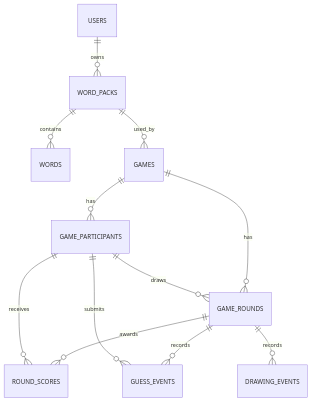
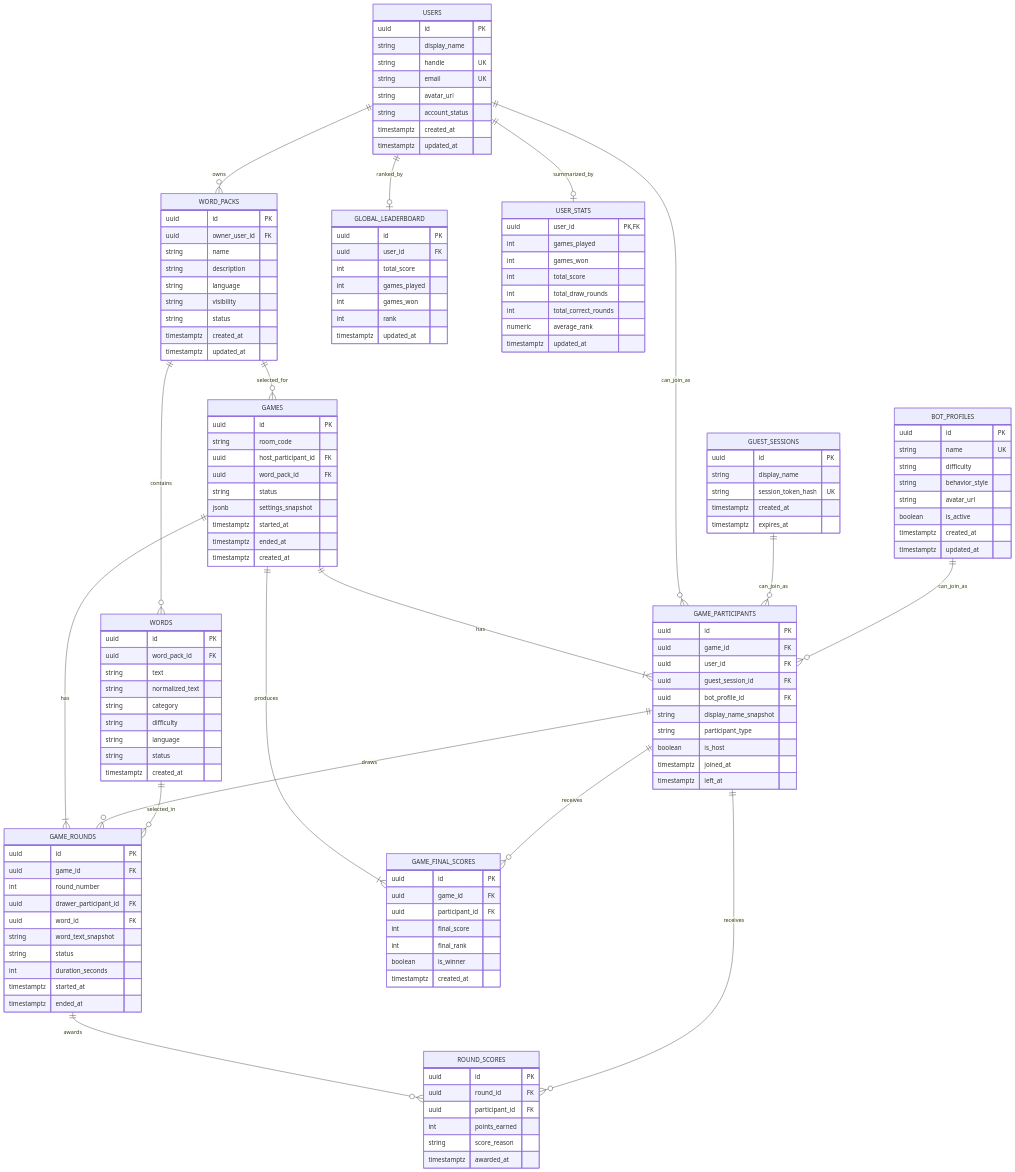
The second of 2 diagrams in database_design.md (amh1k/mithril-tiles), drawn with Mermaid before and after one commit. The commit also changed other lines of this file, not shown here.

First line of the commit message:
docs(database): refine MVP persistence schema

````diff
--- a/database_design.md
+++ b/database_design.md
@@ -495,14 +286,155 @@
 ```mermaid
 erDiagram
+    USERS {
+        uuid id PK
+        string display_name
+        string handle UK
+        string email UK
+        string avatar_url
+        string account_status
+        timestamptz created_at
+        timestamptz updated_at
+    }
+
+    GUEST_SESSIONS {
+        uuid id PK
+        string display_name
+        string session_token_hash UK
+        timestamptz created_at
+        timestamptz expires_at
+    }
+
+    BOT_PROFILES {
+        uuid id PK
+        string name UK
+        string difficulty
+        string behavior_style
+        string avatar_url
+        boolean is_active
+        timestamptz created_at
+        timestamptz updated_at
+    }
+
+    WORD_PACKS {
+        uuid id PK
+        uuid owner_user_id FK
+        string name
+        string description
+        string language
+        string visibility
+        string status
+        timestamptz created_at
+        timestamptz updated_at
+    }
+
+    WORDS {
+        uuid id PK
+        uuid word_pack_id FK
+        string text
+        string normalized_text
+        string category
+        string difficulty
+        string language
+        string status
+        timestamptz created_at
+    }
+
+    GAMES {
+        uuid id PK
+        string room_code
+        uuid host_participant_id FK
+        uuid word_pack_id FK
+        string status
+        jsonb settings_snapshot
+        timestamptz started_at
+        timestamptz ended_at
+        timestamptz created_at
+    }
+
+    GAME_PARTICIPANTS {
+        uuid id PK
+        uuid game_id FK
+        uuid user_id FK
+        uuid guest_session_id FK
+        uuid bot_profile_id FK
+        string display_name_snapshot
+        string participant_type
+        boolean is_host
+        timestamptz joined_at
+        timestamptz left_at
+    }
+
+    GAME_ROUNDS {
+        uuid id PK
+        uuid game_id FK
+        int round_number
+        uuid drawer_participant_id FK
+        uuid word_id FK
+        string word_text_snapshot
+        string status
+        int duration_seconds
+        timestamptz started_at
+        timestamptz ended_at
+    }
+
+    ROUND_SCORES {
+        uuid id PK
+        uuid round_id FK
+        uuid participant_id FK
+        int points_earned
+        string score_reason
+        timestamptz awarded_at
+    }
+
+    GAME_FINAL_SCORES {
+        uuid id PK
+        uuid game_id FK
+        uuid participant_id FK
+        int final_score
+        int final_rank
+        boolean is_winner
+        timestamptz created_at
+    }
+
+    GLOBAL_LEADERBOARD {
+        uuid id PK
+        uuid user_id FK
+        int total_score
+        int games_played
+        int games_won
+        int rank
+        timestamptz updated_at
+    }
+
+    USER_STATS {
+        uuid user_id PK,FK
+        int games_played
+        int games_won
+        int total_score
+        int total_draw_rounds
+        int total_correct_rounds
+        numeric average_rank
+        timestamptz updated_at
+    }
+
     USERS ||--o{ WORD_PACKS : owns
     WORD_PACKS ||--o{ WORDS : contains
-    WORD_PACKS ||--o{ GAMES : used_by
-    GAMES ||--o{ GAME_PARTICIPANTS : has
-    GAMES ||--o{ GAME_ROUNDS : has
+    WORD_PACKS ||--o{ GAMES : selected_for
+
+    GAMES ||--|{ GAME_PARTICIPANTS : has
+    GAMES ||--|{ GAME_ROUNDS : has
+    GAMES ||--|{ GAME_FINAL_SCORES : produces
+
+    USERS ||--o{ GAME_PARTICIPANTS : can_join_as
+    GUEST_SESSIONS ||--o{ GAME_PARTICIPANTS : can_join_as
+    BOT_PROFILES ||--o{ GAME_PARTICIPANTS : can_join_as
+
     GAME_PARTICIPANTS ||--o{ GAME_ROUNDS : draws
+    WORDS ||--o{ GAME_ROUNDS : selected_in
     GAME_ROUNDS ||--o{ ROUND_SCORES : awards
-    GAME_ROUNDS ||--o{ GUESS_EVENTS : records
-    GAME_ROUNDS ||--o{ DRAWING_EVENTS : records
     GAME_PARTICIPANTS ||--o{ ROUND_SCORES : receives
-    GAME_PARTICIPANTS ||--o{ GUESS_EVENTS : submits
+    GAME_PARTICIPANTS ||--o{ GAME_FINAL_SCORES : receives
+
+    USERS ||--o| GLOBAL_LEADERBOARD : ranked_by
+    USERS ||--o| USER_STATS : summarized_by
 ```
````
